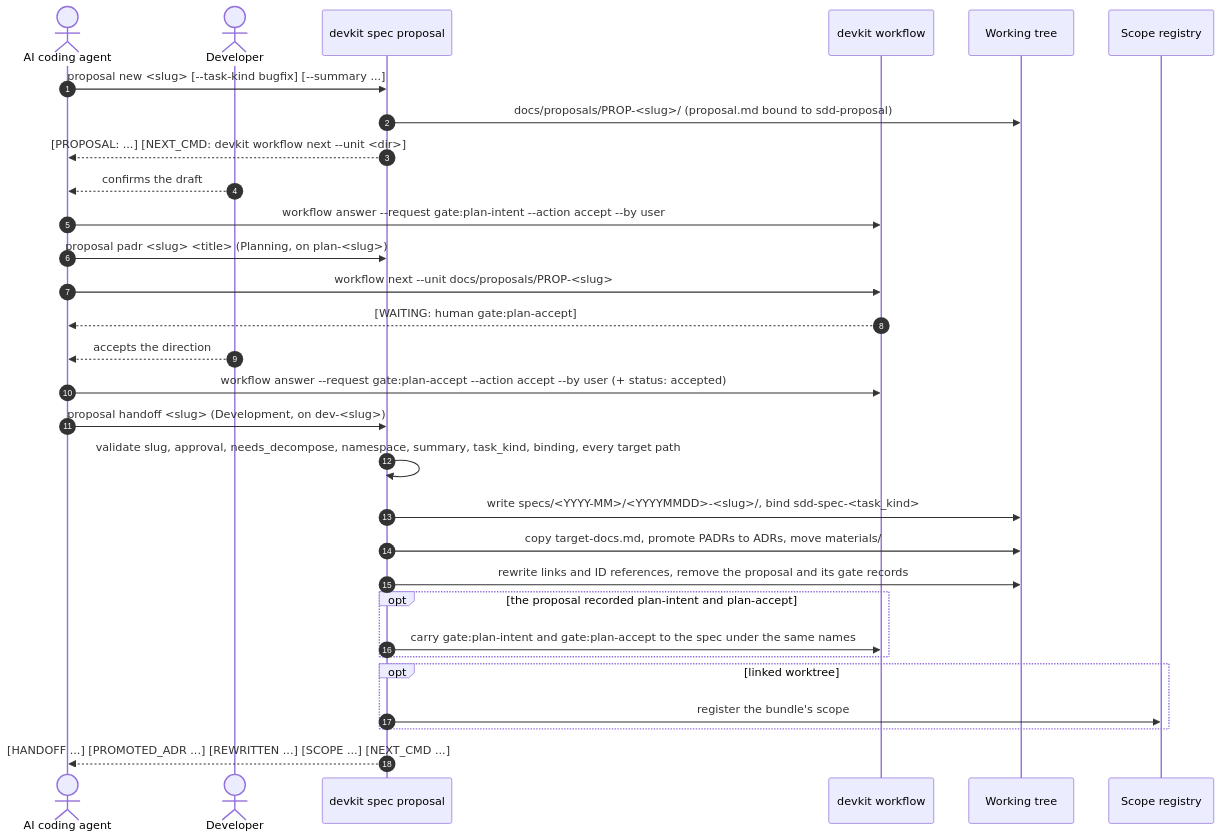
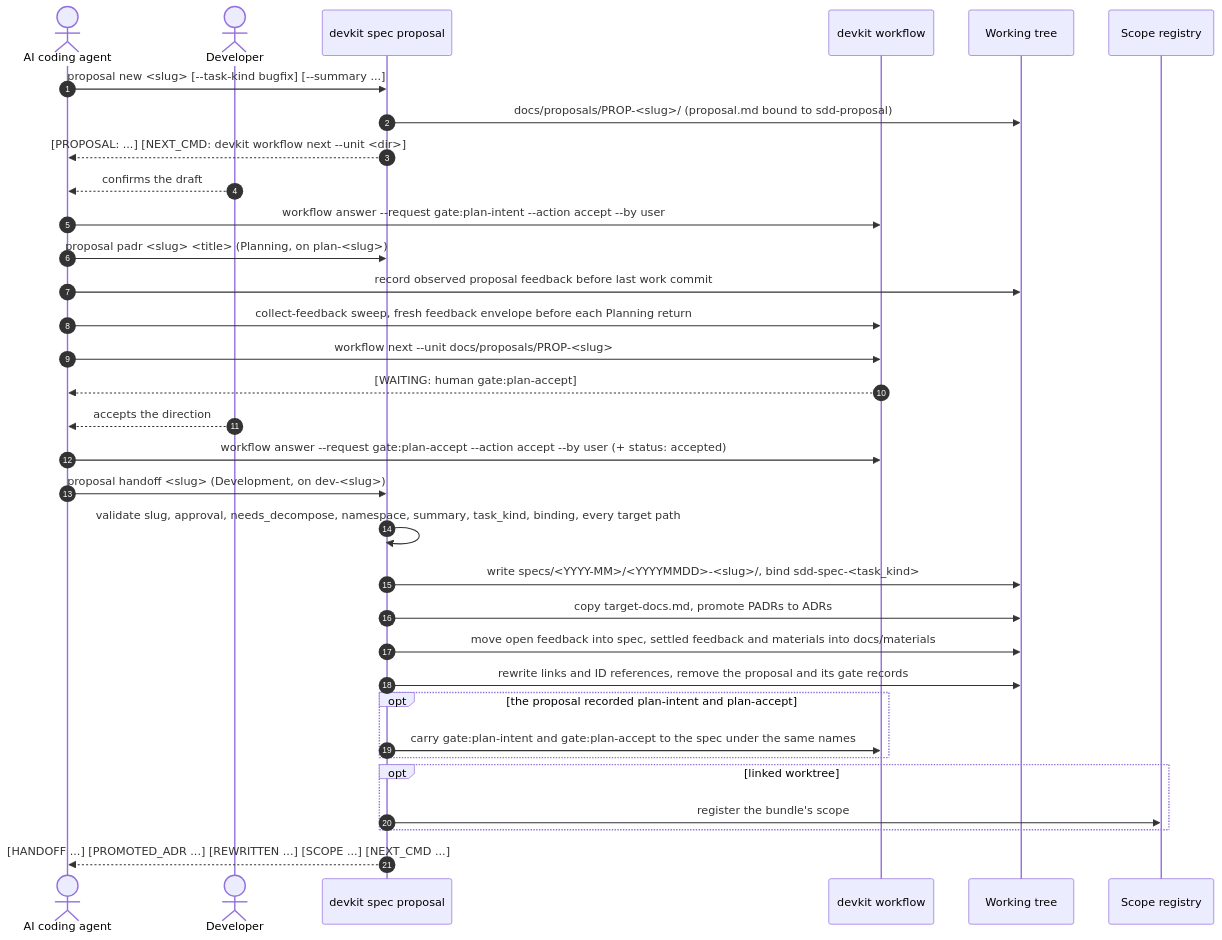
The second of 4 diagrams in docs/architecture/ARCH-06-runtime-view.md (mjkimR/devkit-spec), drawn with Mermaid before and after one commit. The commit also changed other lines of this file and 11 other files, not shown here.

Commit message:
docs: reconcile Planning feedback capture and retirement

````diff
--- a/docs/architecture/ARCH-06-runtime-view.md
+++ b/docs/architecture/ARCH-06-runtime-view.md
@@ -70,33 +70,36 @@
 ```mermaid
 sequenceDiagram
     autonumber
     actor Agent as AI coding agent
     actor User as Developer
     participant Spec as devkit spec proposal
     participant WF as devkit workflow
     participant FS as Working tree
     participant Reg as Scope registry
 
     Agent->>Spec: proposal new <slug> [--task-kind bugfix] [--summary ...]
     Spec->>FS: docs/proposals/PROP-<slug>/ (proposal.md bound to sdd-proposal)
     Spec-->>Agent: [PROPOSAL: ...] [NEXT_CMD: devkit workflow next --unit <dir>]
     User-->>Agent: confirms the draft
     Agent->>WF: workflow answer --request gate:plan-intent --action accept --by user
     Agent->>Spec: proposal padr <slug> <title> (Planning, on plan-<slug>)
+    Agent->>FS: record observed proposal feedback before last work commit
+    Agent->>WF: collect-feedback sweep, fresh feedback envelope before each Planning return
     Agent->>WF: workflow next --unit docs/proposals/PROP-<slug>
     WF-->>Agent: [WAITING: human gate:plan-accept]
     User-->>Agent: accepts the direction
     Agent->>WF: workflow answer --request gate:plan-accept --action accept --by user (+ status: accepted)
     Agent->>Spec: proposal handoff <slug> (Development, on dev-<slug>)
     Spec->>Spec: validate slug, approval, needs_decompose, namespace, summary, task_kind, binding, every target path
     Spec->>FS: write specs/<YYYY-MM>/<YYYYMMDD>-<slug>/, bind sdd-spec-<task_kind>
-    Spec->>FS: copy target-docs.md, promote PADRs to ADRs, move materials/
+    Spec->>FS: copy target-docs.md, promote PADRs to ADRs
+    Spec->>FS: move open feedback into spec, settled feedback and materials into docs/materials
     Spec->>FS: rewrite links and ID references, remove the proposal and its gate records
     opt the proposal recorded plan-intent and plan-accept
         Spec->>WF: carry gate:plan-intent and gate:plan-accept to the spec under the same names
     end
     opt linked worktree
         Spec->>Reg: register the bundle's scope
     end
     Spec-->>Agent: [HANDOFF ...] [PROMOTED_ADR ...] [REWRITTEN ...] [SCOPE ...] [NEXT_CMD ...]
 ```
````
